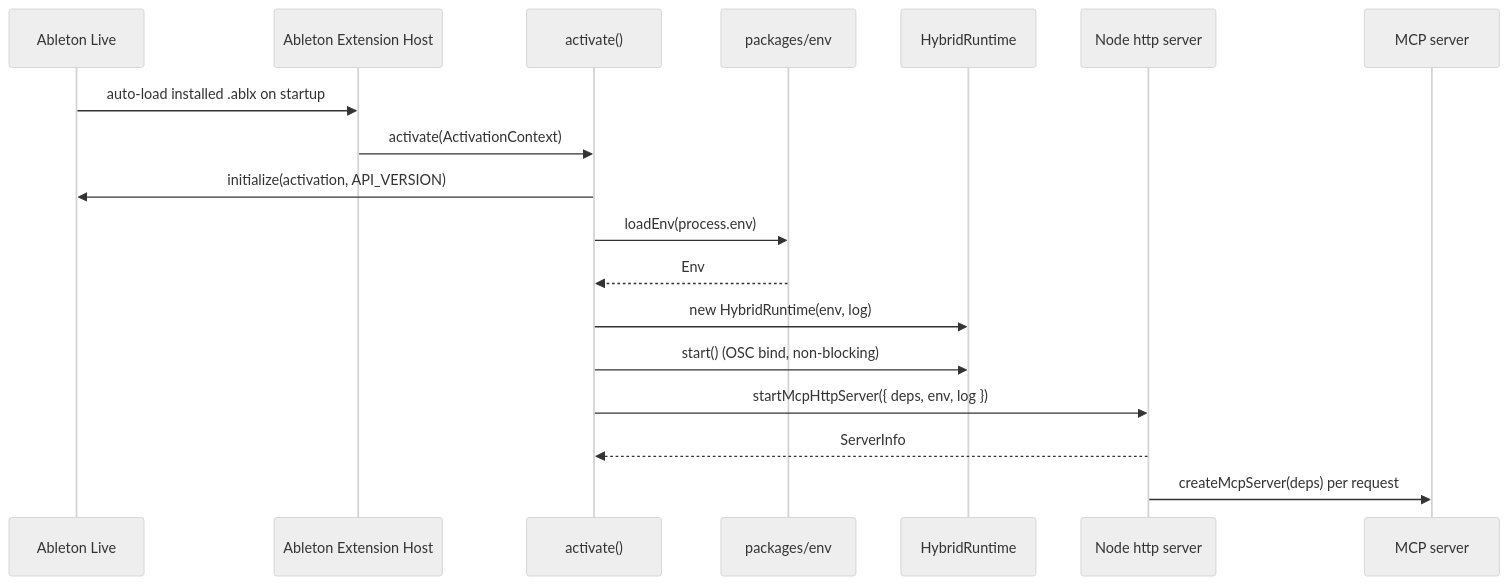
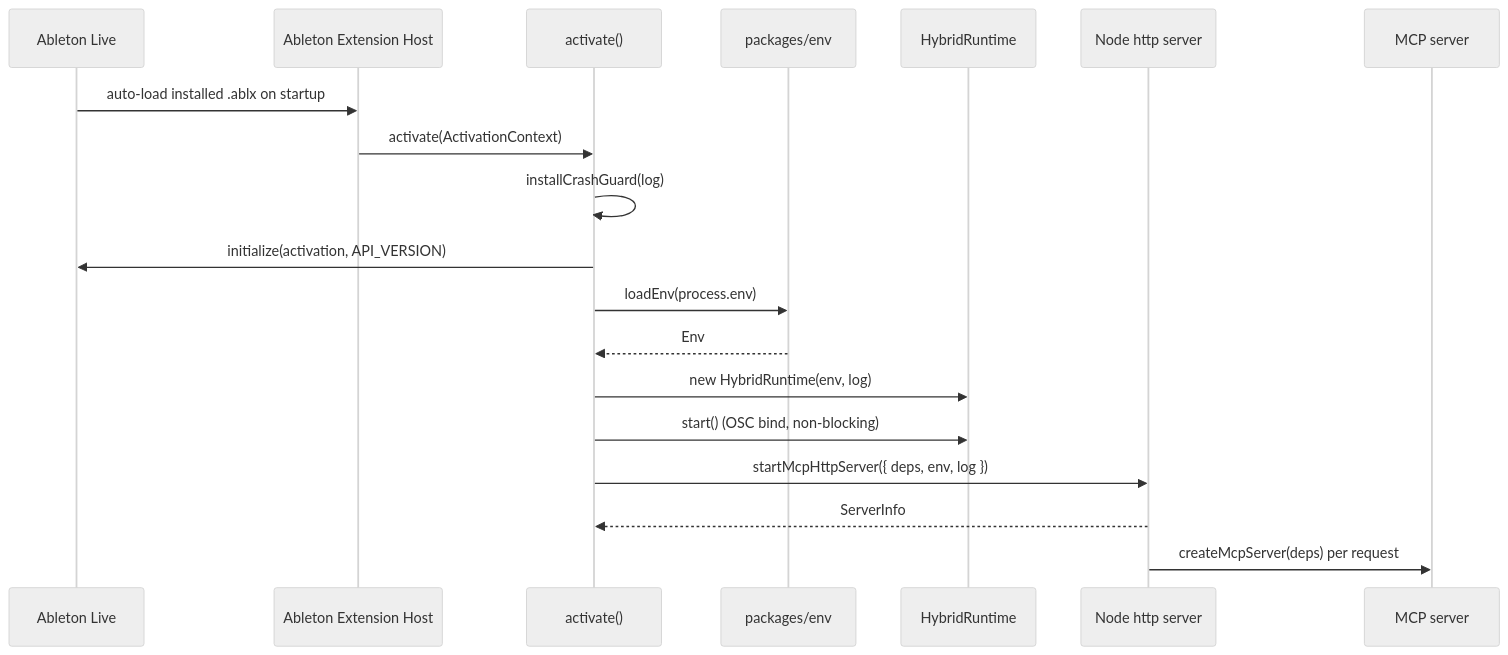
One commit to philtzjp/live-connector changed the third of 9 diagrams in llm/ARCHITECTURE.md. Above: the diagram before and after it, drawn with Mermaid (neutral theme). The commit also changed other lines of this file and 7 other files, not shown here.

````diff
--- a/llm/ARCHITECTURE.md
+++ b/llm/ARCHITECTURE.md
@@ -110,21 +110,22 @@
 ```mermaid
 sequenceDiagram
     participant live as Ableton Live
     participant host as Ableton Extension Host
     participant extension as activate()
     participant env as packages/env
     participant runtime as HybridRuntime
     participant http as Node http server
     participant mcp as MCP server
 
     live->>host: auto-load installed .ablx on startup
     host->>extension: activate(ActivationContext)
+    extension->>extension: installCrashGuard(log)
     extension->>live: initialize(activation, API_VERSION)
     extension->>env: loadEnv(process.env)
     env-->>extension: Env
     extension->>runtime: new HybridRuntime(env, log)
     extension->>runtime: start()  (OSC bind, non-blocking)
     extension->>http: startMcpHttpServer({ deps, env, log })
     http-->>extension: ServerInfo
     http->>mcp: createMcpServer(deps) per request
 ```
````
